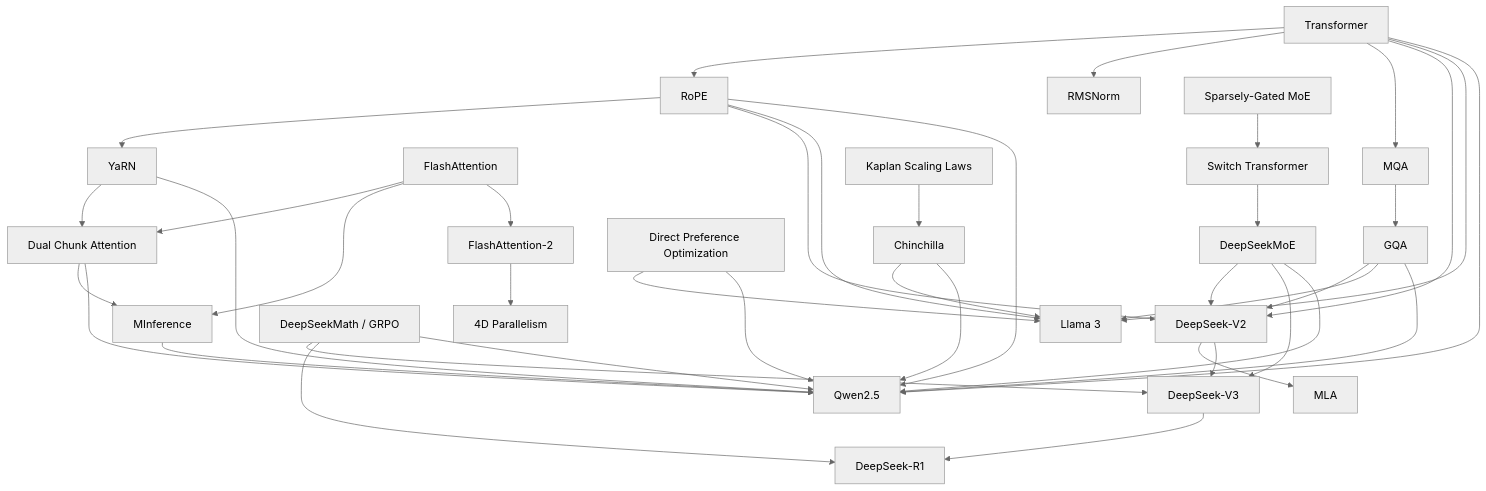
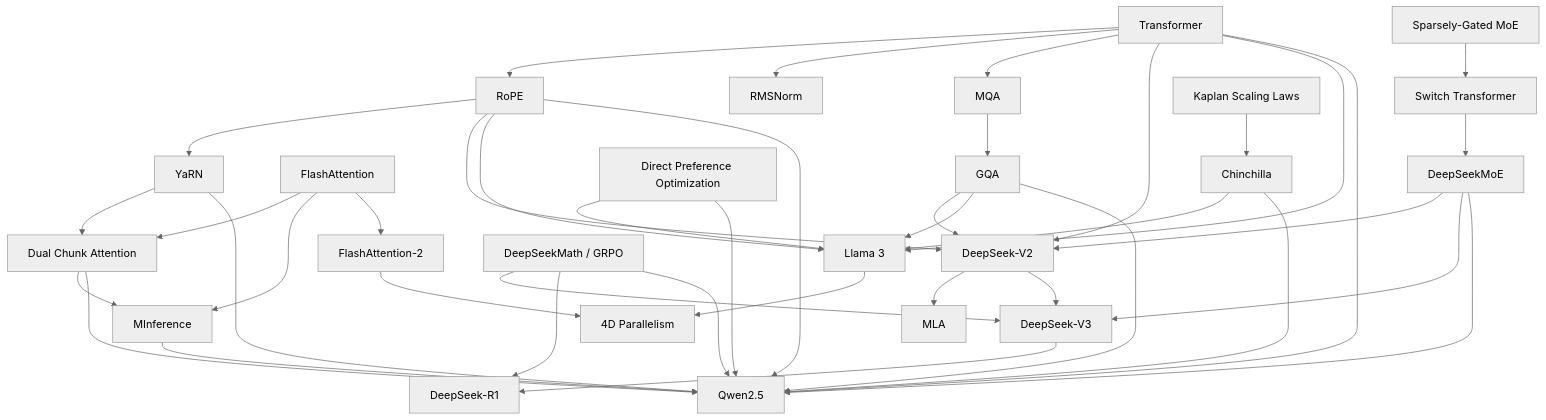
Before and after one commit to KetenBieber/llm-technology-atlas: the first of 2 diagrams in docs/technology-map.md, drawn with Mermaid (neutral theme). The commit also changed other lines of this file and 14 other files, not shown here.

````diff
--- a/docs/technology-map.md
+++ b/docs/technology-map.md
@@ -5,49 +5,50 @@
 ```{mermaid}
 flowchart TD
   T["Transformer"] --> R["RoPE"]
   T --> N["RMSNorm"]
   R --> YARN["YaRN"]
   YARN --> DCA["Dual Chunk Attention"]
   DCA --> MINF["MInference"]
   FA["FlashAttention"] --> DCA
   FA --> MINF
   FA --> FA2["FlashAttention-2"]
   FA2 --> SYS4D["4D Parallelism"]
   T --> MQA["MQA"]
   MQA --> GQA["GQA"]
 
   SG["Sparsely-Gated MoE"] --> SW["Switch Transformer"]
   SW --> DSM["DeepSeekMoE"]
 
   T --> V2["DeepSeek-V2"]
   GQA --> V2
   R --> V2
   DSM --> V2
   V2 --> MLA["MLA"]
 
   V2 --> V3["DeepSeek-V3"]
   DSM --> V3
   V3 --> R1["DeepSeek-R1"]
 
+  L3 --> SYS4D
   GRPO["DeepSeekMath / GRPO"] --> V3
   GRPO --> R1
 
   T --> L3["Llama 3"]
   R --> L3
   GQA --> L3
 
   T --> Q25["Qwen2.5"]
   R --> Q25
   GQA --> Q25
   DSM --> Q25
   GRPO --> Q25
   DPO["Direct Preference Optimization"] --> L3
   YARN --> Q25
   DCA --> Q25
   MINF --> Q25
   DPO --> Q25
 
   KAP["Kaplan Scaling Laws"] --> CH["Chinchilla"]
   CH --> L3
   CH --> Q25
 ```
````
